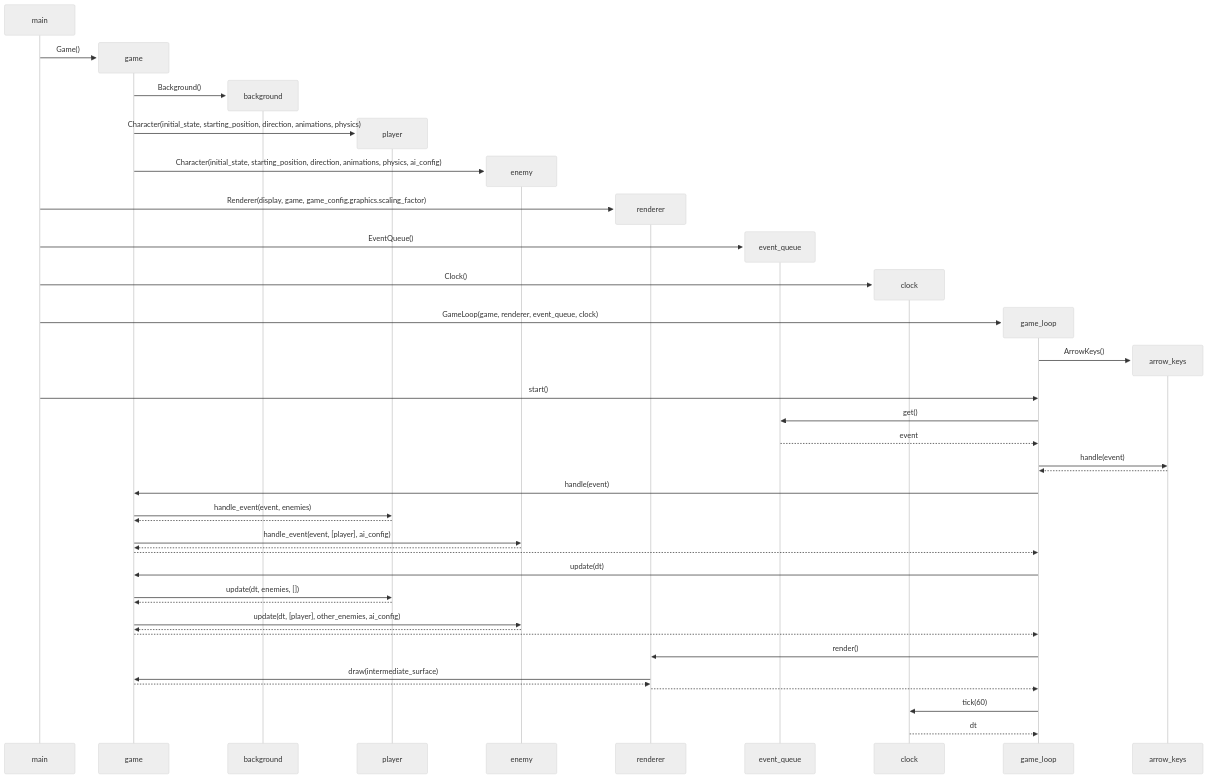
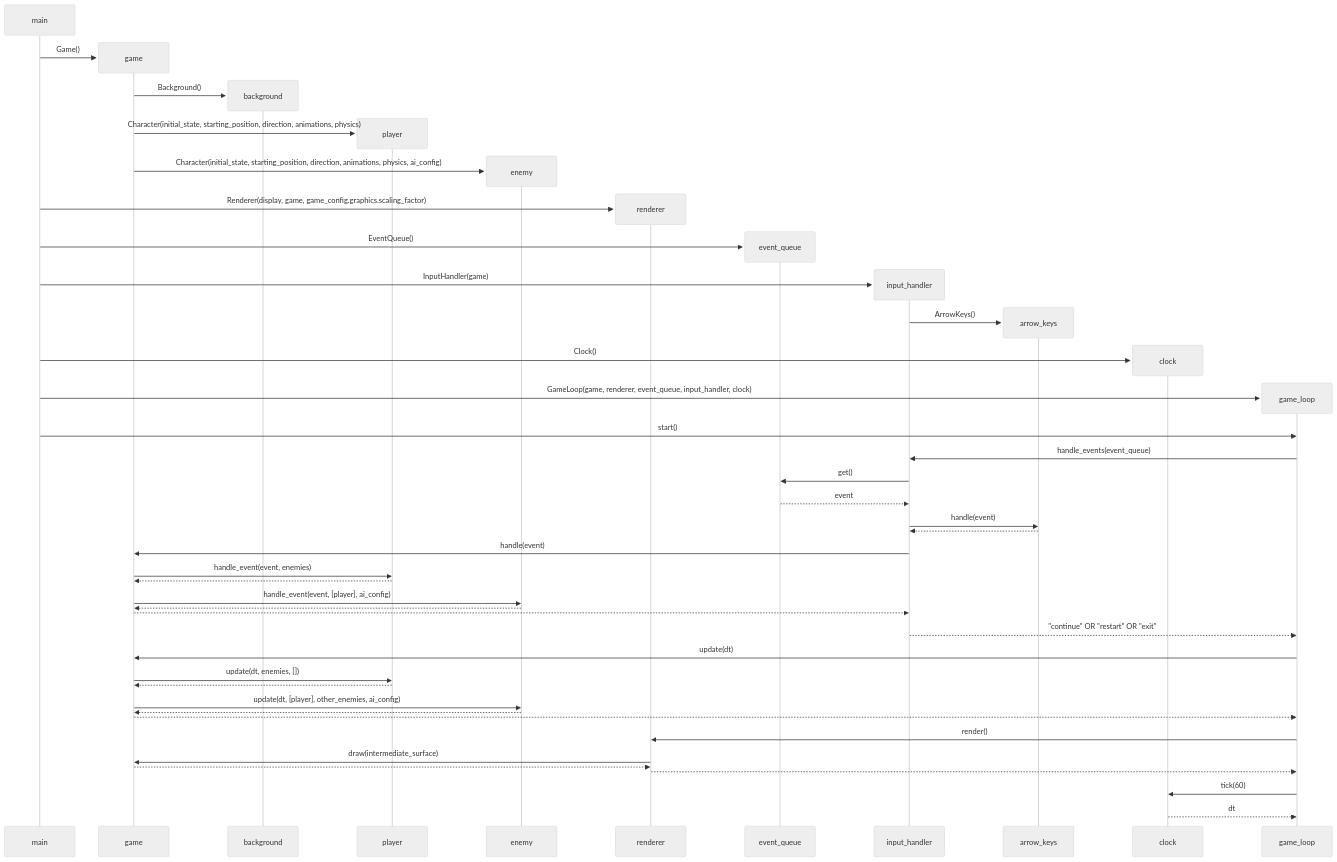
One commit to VSirvio/RaiseYourSword changed the fifth of 5 diagrams in documentation/architecture.md. Above: the diagram before and after it, drawn with Mermaid (neutral theme). The commit also changed other lines of this file and 4 other files, not shown here.

Commit message:
Move event handling from GameLoop to InputHandler

````diff
--- a/documentation/architecture.md
+++ b/documentation/architecture.md
@@ -203,45 +201,49 @@
 ```mermaid
 sequenceDiagram
     create participant main
     create participant game
     main->>game: Game()
     create participant background
     game->>background: Background()
     create participant player
     game->>player: Character(initial_state, starting_position, direction, animations, physics)
     create participant enemy
     game->>enemy: Character(initial_state, starting_position, direction, animations, physics, ai_config)
     create participant renderer
     main->>renderer: Renderer(display, game, game_config.graphics.scaling_factor)
     create participant event_queue
     main->>event_queue: EventQueue()
+    create participant input_handler
+    main->>input_handler: InputHandler(game)
+    create participant arrow_keys
+    input_handler->>arrow_keys: ArrowKeys()
     create participant clock
     main->>clock: Clock()
     create participant game_loop
-    main->>game_loop: GameLoop(game, renderer, event_queue, clock)
-    create participant arrow_keys
-    game_loop->>arrow_keys: ArrowKeys()
+    main->>game_loop: GameLoop(game, renderer, event_queue, input_handler, clock)
     main->>game_loop: start()
-    game_loop->>event_queue: get()
-    event_queue-->>game_loop: event
-    game_loop->>arrow_keys: handle(event)
-    arrow_keys-->>game_loop: 
-    game_loop->>game: handle(event)
+    game_loop->>input_handler: handle_events(event_queue)
+    input_handler->>event_queue: get()
+    event_queue-->>input_handler: event
+    input_handler->>arrow_keys: handle(event)
+    arrow_keys-->>input_handler: 
+    input_handler->>game: handle(event)
     game->>player: handle_event(event, enemies)
     player-->>game: 
     game->>enemy: handle_event(event, [player], ai_config)
     enemy-->>game: 
-    game-->>game_loop: 
+    game-->>input_handler: 
+    input_handler-->>game_loop: "continue" OR "restart" OR "exit"
     game_loop->>game: update(dt)
     game->>player: update(dt, enemies, [])
     player-->>game: 
     game->>enemy: update(dt, [player], other_enemies, ai_config)
     enemy-->>game: 
     game-->>game_loop: 
     game_loop->>renderer: render()
     renderer->>game: draw(intermediate_surface)
     game-->>renderer: 
     renderer-->>game_loop: 
     game_loop->>clock: tick(60)
     clock-->>game_loop: dt
 ```
````
